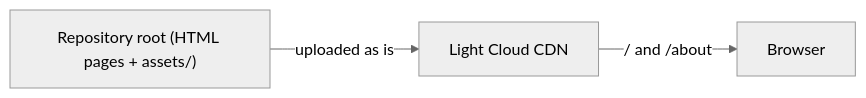
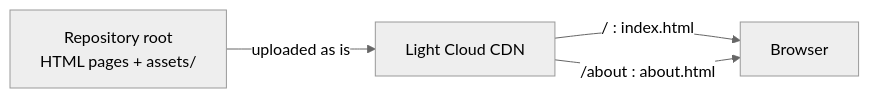
One commit to light-cloud-com/templates changed the diagram in starters/starter-html/README.md. Above: the diagram before and after it, drawn with Mermaid (neutral theme). The commit also changed other lines of this file and 2 other files, not shown here.

First line of the commit message:
README: Static HTML website starter landing page

````diff
--- a/starters/starter-html/README.md
+++ b/starters/starter-html/README.md
@@ -26,5 +88,6 @@
 ```mermaid
 flowchart LR
-    repo["Repository root (HTML pages + assets/)"] -->|uploaded as is| lc["Light Cloud CDN"]
-    lc -->|"/ and /about"| browser["Browser"]
+    repo["Repository root<br/>HTML pages + assets/"] -->|uploaded as is| cdn["Light Cloud CDN"]
+    cdn -->|"/ : index.html"| browser["Browser"]
+    cdn -->|"/about : about.html"| browser
 ```
````
